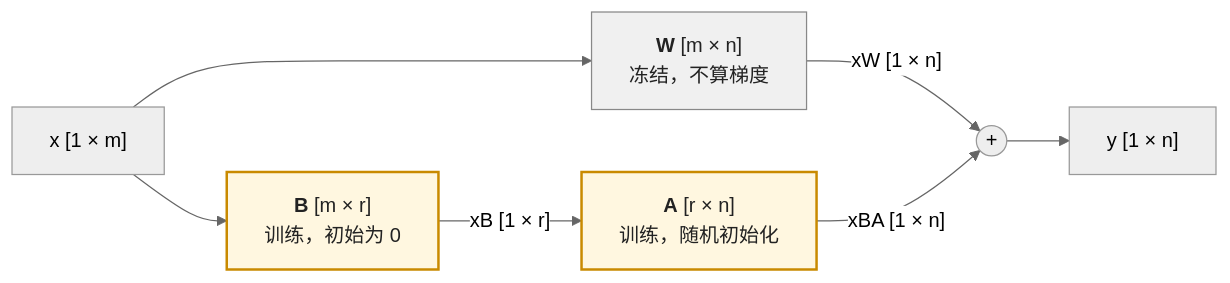
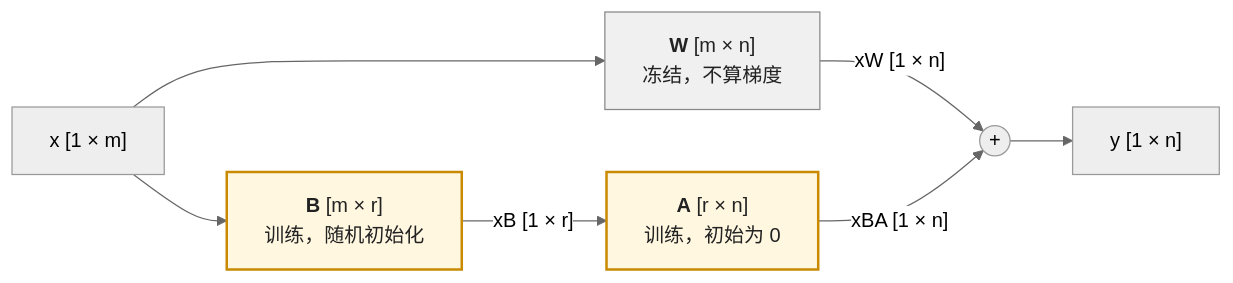
Before and after one commit to arganzheng/arganzheng.github.com: the diagram in _posts/2026-01-10-orthogonal-rotation-svd-and-low-rank.md, drawn with Mermaid (neutral theme). The commit also changed other lines of this file, not shown here.

````diff
--- a/_posts/2026-01-10-orthogonal-rotation-svd-and-low-rank.md
+++ b/_posts/2026-01-10-orthogonal-rotation-svd-and-low-rank.md
@@ -226,19 +226,19 @@
 ```mermaid
 %%{init: {"flowchart": {"wrappingWidth": 220}}}%%
 %% 图：LoRA 的前向：冻结的 W 与两个瘦矩阵 B、A 并行，先算 xB 再乘 A
 flowchart LR
     X["x  [1 × m]"] --> W["`**W**  [m × n]
 冻结，不算梯度`"]
     X --> B["`**B**  [m × r]
+训练，随机初始化`"]
+    B -- "xB  [1 × r]" --> A["`**A**  [r × n]
 训练，初始为 0`"]
-    B -- "xB  [1 × r]" --> A["`**A**  [r × n]
-训练，随机初始化`"]
     W -- "xW  [1 × n]" --> ADD(("+"))
     A -- "xBA  [1 × n]" --> ADD
     ADD --> Y["y  [1 × n]"]
 
     classDef frozen fill:#f0f0f0,stroke:#888,color:#222
     classDef train fill:#fff7e0,stroke:#c98a00,stroke-width:2px,color:#222
     class W frozen
     class A,B train
 ```
````
